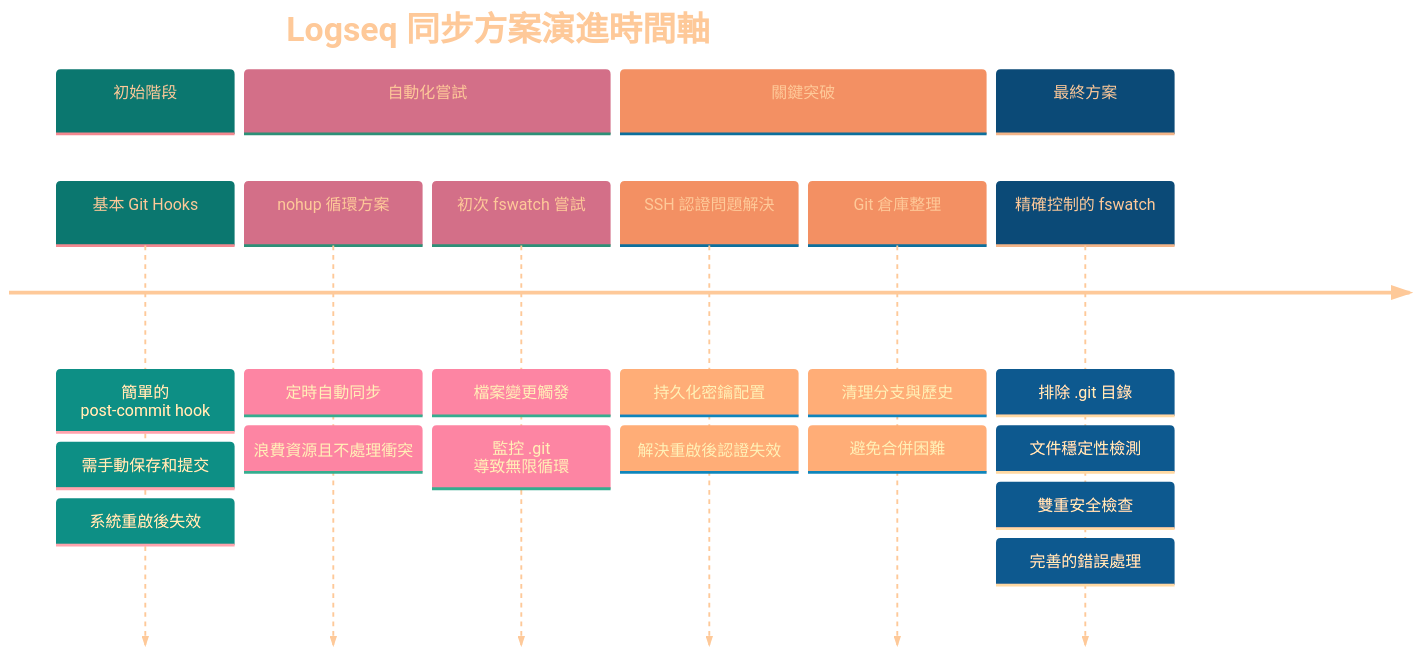
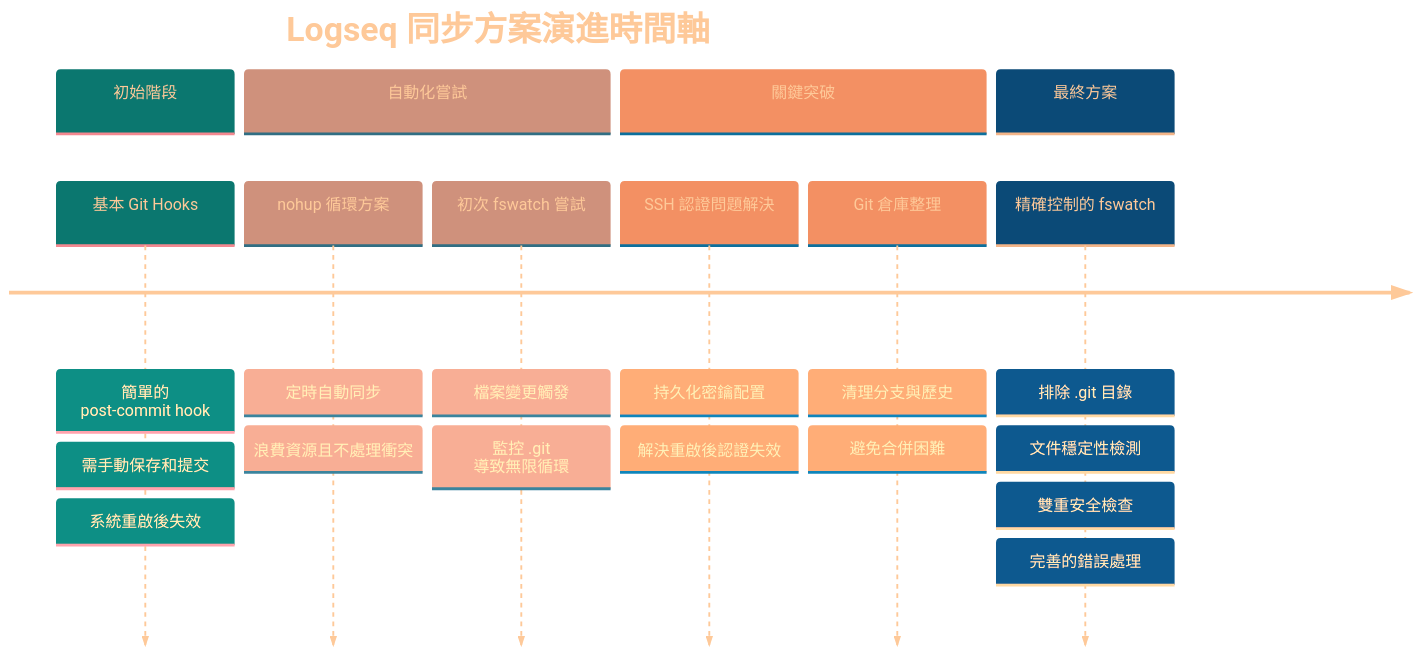
The first of 2 diagrams in Logseq同步方案演進記錄.md (GengGeng026/Sync-Logseq), drawn with Mermaid before and after one commit.

Commit message:
Auto-sync: Wed Mar 26 10:04:39 +08 2025

````diff
--- a/Logseq同步方案演進記錄.md
+++ b/Logseq同步方案演進記錄.md
@@ -24,38 +24,38 @@
 ```mermaid
 %%{init: {
   'theme': 'base', 
   'themeVariables': {
     'primaryTextColor': '#FEC999',
     'primaryColor': '#19E9D9',
-    'secondaryColor': '#F1D1D9',
+    'secondaryColor': '#F1DFD9',
     'tertiaryColor': '#FCE4D9',
     'primaryBorderColor': '#A9D9D9',
     'background': 'transparent',
     'clusterBkg': 'transparent',
     'fontFamily': 'default',
     'fontSize': '17px',
     'fontWeight': 'normal'
   }
 }}%%
 timeline
     title Logseq 同步方案演進時間軸
     section 初始階段
         基本 Git Hooks : 簡單的 post-commit hook
         : 需手動保存和提交
         : 系統重啟後失效
     section 自動化嘗試
         nohup 循環方案 : 定時自動同步
         : 浪費資源且不處理衝突
         初次 fswatch 嘗試 : 檔案變更觸發
         : 監控 .git 導致無限循環
     section 關鍵突破
         SSH 認證問題解決 : 持久化密鑰配置
         : 解決重啟後認證失效
         Git 倉庫整理 : 清理分支與歷史
         : 避免合併困難
     section 最終方案
         精確控制的 fswatch : 排除 .git 目錄
         : 文件穩定性檢測
         : 雙重安全檢查
         : 完善的錯誤處理
 ```
````
